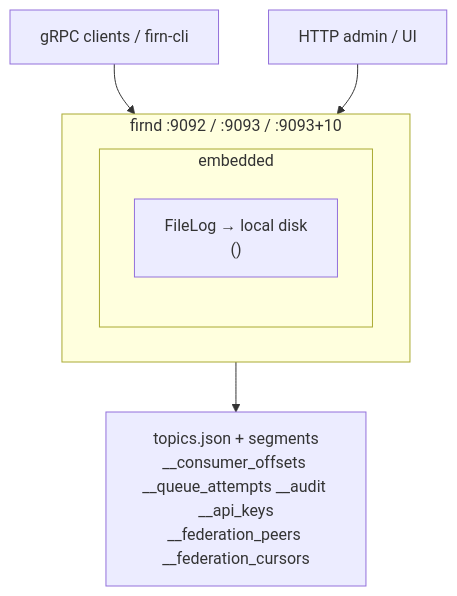
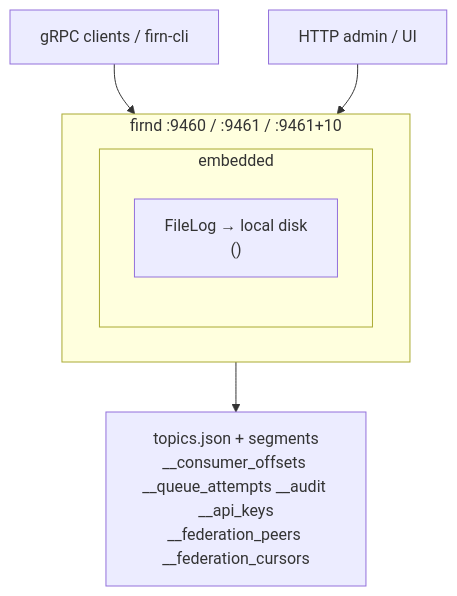
Before and after one commit to rahulkj/firn: the seventh of 10 diagrams in docs/adr/012-architecture.md, drawn with Mermaid. The commit also changed other lines of this file and 9 other files, not shown here.

````diff
--- a/docs/adr/012-architecture.md
+++ b/docs/adr/012-architecture.md
@@ -267,12 +267,12 @@
 ```mermaid
 flowchart TB
     client["gRPC clients / firn-cli"] --> node
     admin["HTTP admin / UI"] --> node
-    subgraph node[firnd :9092 / :9093 / :9093+10]
+    subgraph node[firnd :9460 / :9461 / :9461+10]
         direction LR
         subgraph internals[embedded]
             flog["FileLog → local disk<br/>(<data-dir>)"]
         end
     end
     node --> disk["topics.json + segments<br/>__consumer_offsets __queue_attempts __audit __api_keys<br/>__federation_peers __federation_cursors"]
 ```
````
